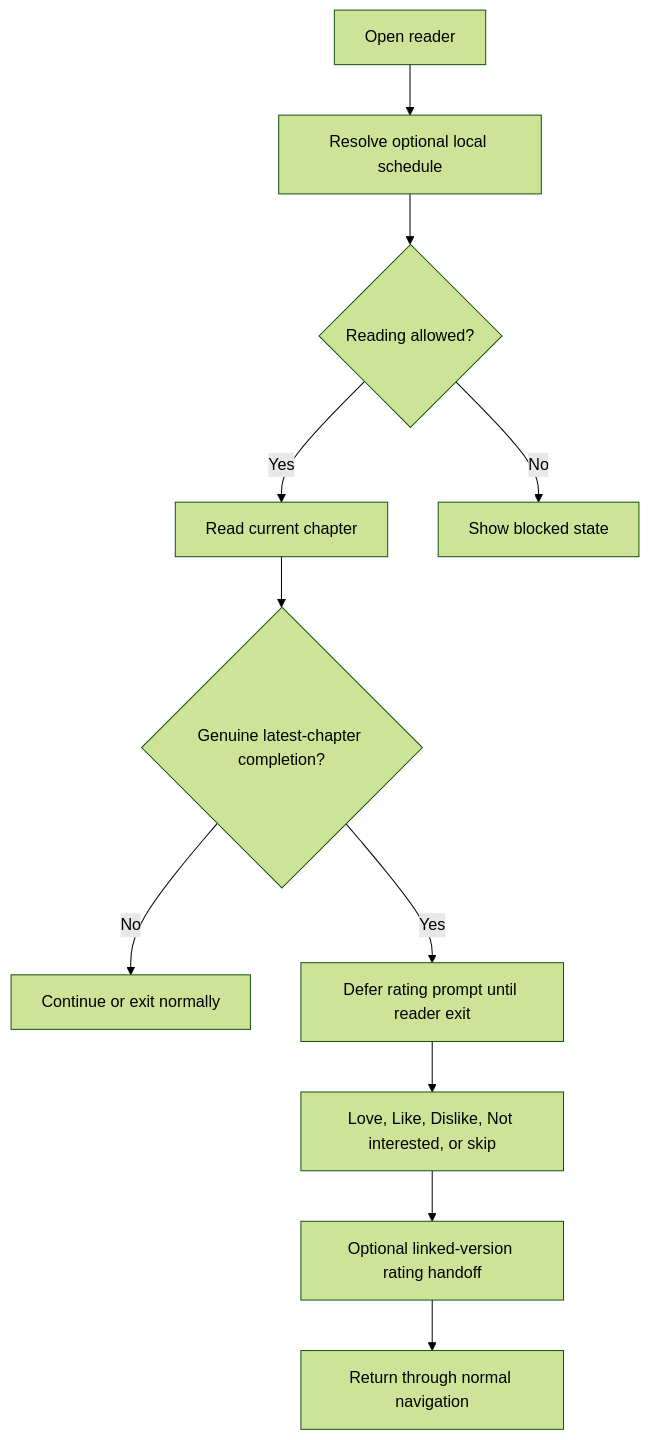
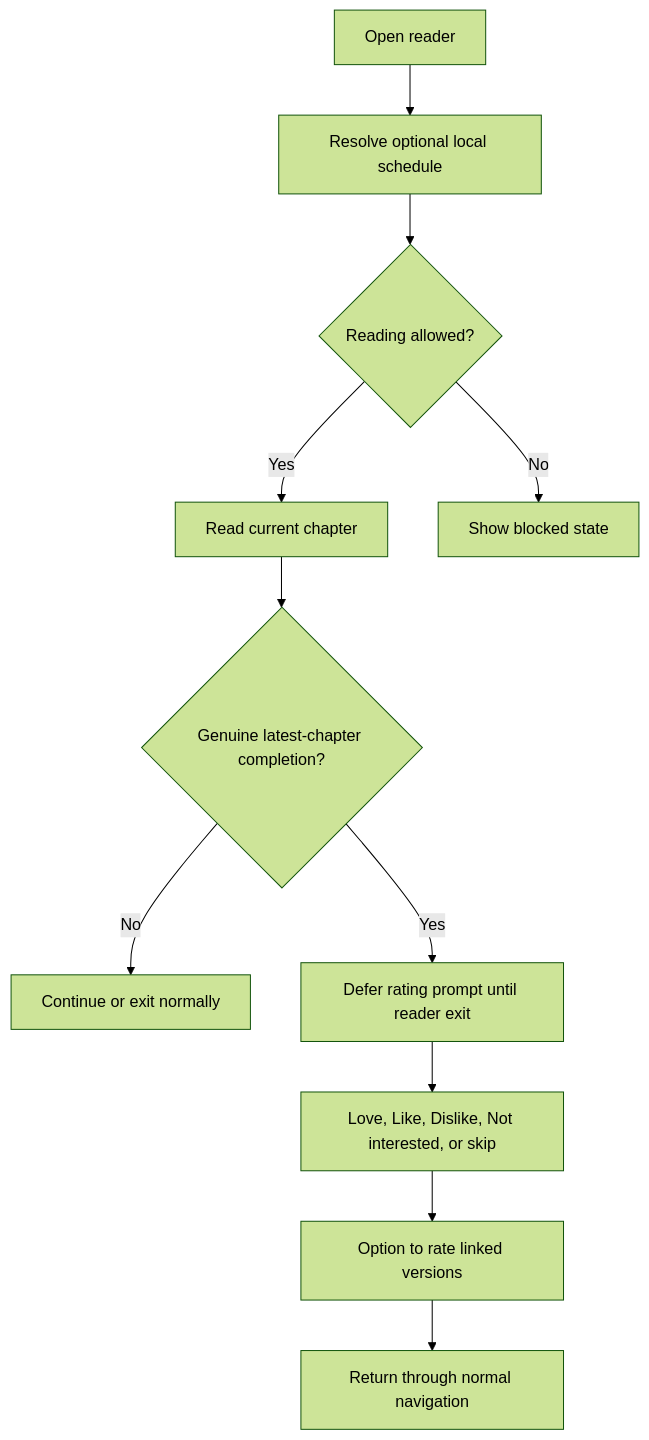
The fifth of 6 diagrams in docs/kmk/architecture.md (FancyCorey/komikku-KMK), drawn with Mermaid (forest theme) before and after one commit. The commit also changed other lines of this file and 23 other files, not shown here.

````diff
--- a/docs/kmk/architecture.md
+++ b/docs/kmk/architecture.md
@@ -97,13 +97,13 @@
 ```mermaid
 flowchart TD
     Open["Open reader"] --> Resolve["Resolve optional local schedule"]
     Resolve --> Allowed{"Reading allowed?"}
     Allowed -->|Yes| Read["Read current chapter"]
     Allowed -->|No| Block["Show blocked state"]
     Read --> Complete{"Genuine latest-chapter completion?"}
     Complete -->|No| Continue["Continue or exit normally"]
     Complete -->|Yes| Defer["Defer rating prompt until reader exit"]
     Defer --> Choice["Love, Like, Dislike, Not interested, or skip"]
-    Choice --> Offer["Optional linked-version rating handoff"]
+    Choice --> Offer["Option to rate linked versions"]
     Offer --> Exit["Return through normal navigation"]
 ```
````
